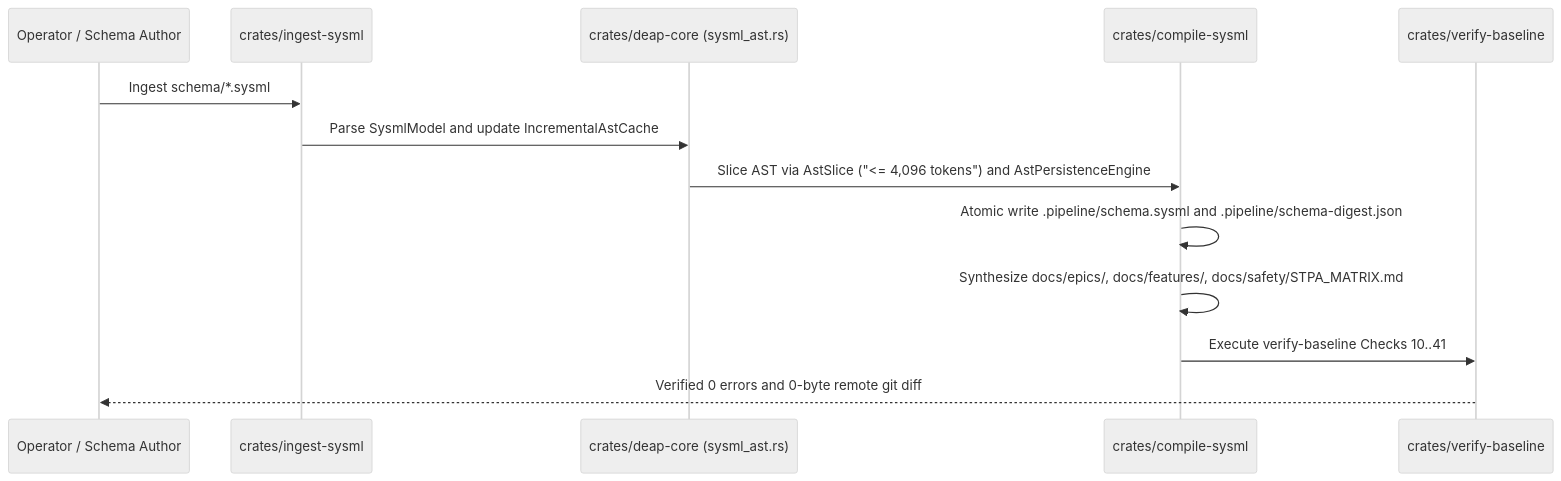
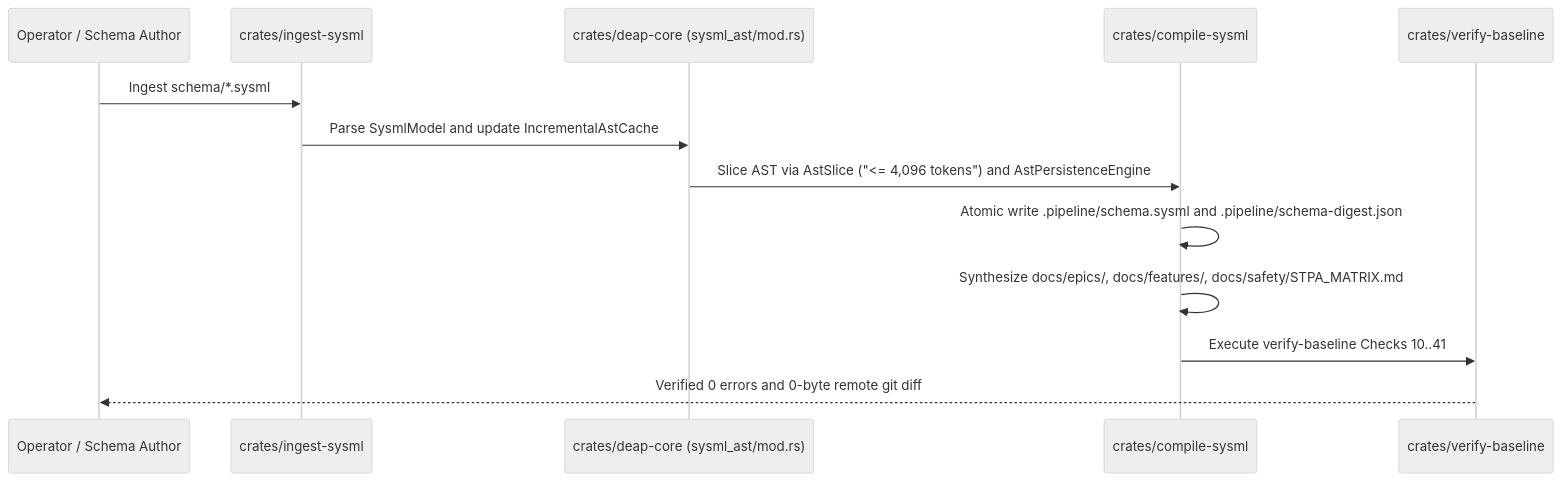
The second of 2 diagrams in docs/architecture/blueprints/PERSISTENCE_ARCHITECTURE.md (gintatkinson/DEAP01-spec-core), drawn with Mermaid (neutral theme) before and after one commit. The commit also changed other lines of this file and 16 other files, not shown here.

Commit message:
refactor(deap-core): initialize sysml_ast module directory and extract identifiers

````diff
--- a/docs/architecture/blueprints/PERSISTENCE_ARCHITECTURE.md
+++ b/docs/architecture/blueprints/PERSISTENCE_ARCHITECTURE.md
@@ -325,16 +325,16 @@
 ```mermaid
 sequenceDiagram
     participant User as Operator / Schema Author
     participant Ingest as crates/ingest-sysml
-    participant Core as crates/deap-core (sysml_ast.rs)
+    participant Core as crates/deap-core (sysml_ast/mod.rs)
     participant Compile as crates/compile-sysml
     participant Verify as crates/verify-baseline
 
     User->>Ingest: Ingest schema/*.sysml
     Ingest->>Core: Parse SysmlModel and update IncrementalAstCache
     Core->>Compile: Slice AST via AstSlice ("<= 4,096 tokens") and AstPersistenceEngine
     Compile->>Compile: Atomic write .pipeline/schema.sysml and .pipeline/schema-digest.json
     Compile->>Compile: Synthesize docs/epics/, docs/features/, docs/safety/STPA_MATRIX.md
     Compile->>Verify: Execute verify-baseline Checks 10..41
     Verify-->>User: Verified 0 errors and 0-byte remote git diff
 ```
````
